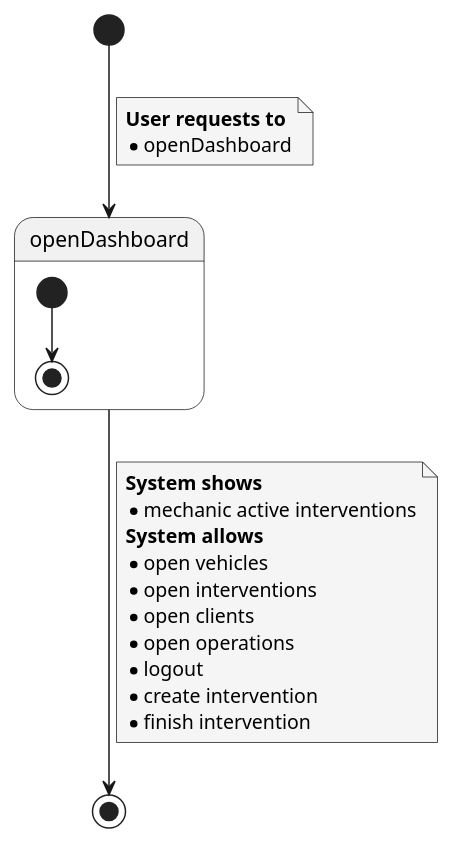
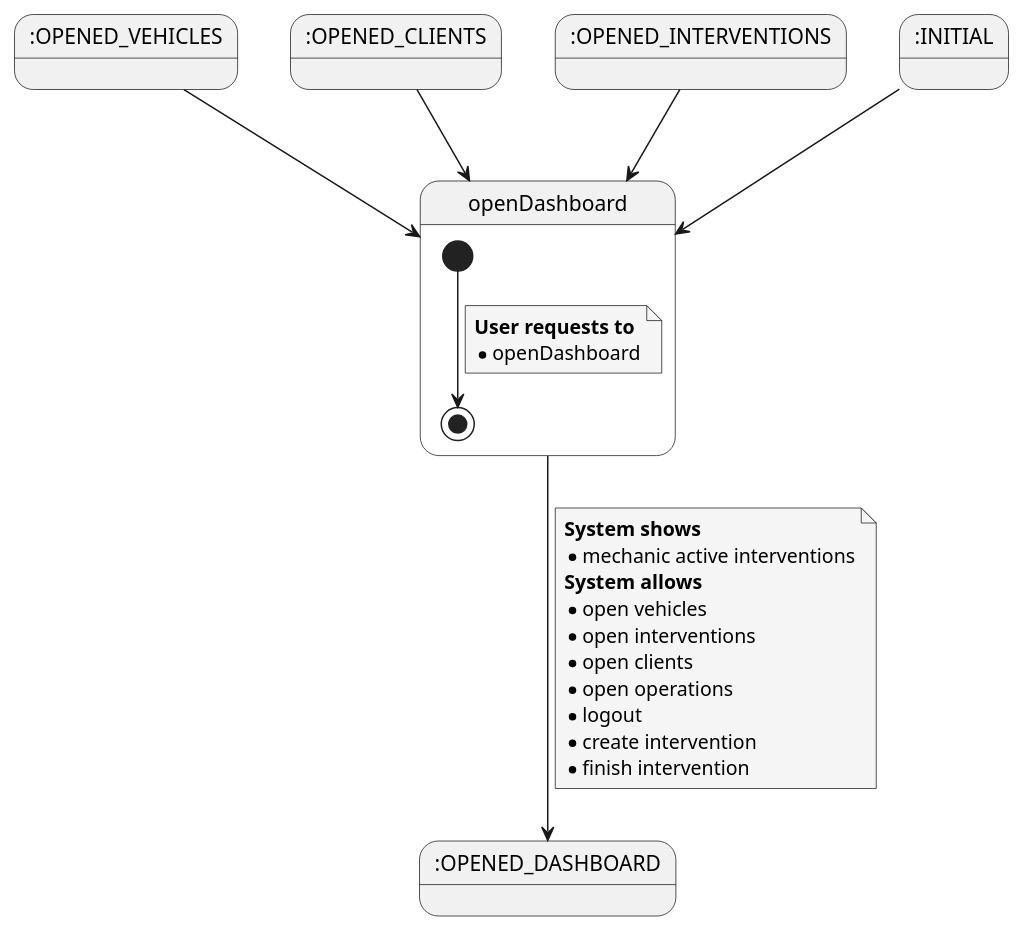
Before and after one commit to Ruskab/agrimManager: the diagram in documentation/1requiremets/usecases_specification/puml/openDashboard.puml, drawn with PlantUML. The commit also changed 13 other files, not shown here.

```diff
--- a/documentation/1requiremets/usecases_specification/puml/openDashboard.puml
+++ b/documentation/1requiremets/usecases_specification/puml/openDashboard.puml
@@ -1,33 +1,41 @@
 @startuml
 skinparam {
         NoteBackgroundColor #whiteSmoke
 }
 
-[*] --> openDashboard
+state startState1 as ":OPENED_VEHICLES"
+state startState2 as ":OPENED_CLIENTS"
+state startState3 as ":OPENED_INTERVENTIONS"
+state startState4 as ":INITIAL"
+state endState as ":OPENED_DASHBOARD"
+
+startState1 --> openDashboard
+startState2 --> openDashboard
+startState3 --> openDashboard
+startState4 --> openDashboard
+
+state openDashboard {
+
+[*] --> [*]
 note on link
 <b>User requests to</b>
 * openDashboard
 end note
 
-state openDashboard {
-
-[*] --> [*]
-
-
 }
 
-openDashboard --> [*]
+openDashboard --> endState
 note on link
 <b>System shows
 * mechanic active interventions
 <b>System allows
 * open vehicles
 * open interventions
 * open clients
 * open operations
 * logout
 * create intervention
 * finish intervention
 end note
 
 @enduml
```
